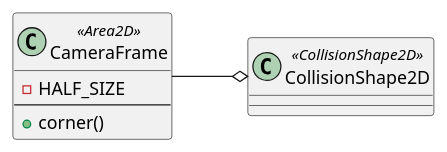
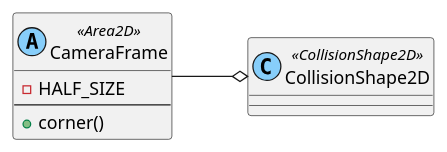
The diagram in content/scenes/src/stages/frame/camera_frame.tscn.adoc (tkmfujise/Platformer-Game-Learning), drawn with PlantUML before and after one commit. The commit also changed 69 other files, not shown here.

Commit message:
Change scene diagram class color

```diff
--- a/content/scenes/src/stages/frame/camera_frame.tscn.adoc
+++ b/content/scenes/src/stages/frame/camera_frame.tscn.adoc
@@ -9,13 +9,13 @@
 [plantuml]
 ....
-class ROOT as "CameraFrame" <<Area2D>> {
+class ROOT as "CameraFrame" <<(A,lightskyblue) Area2D>> {
   - HALF_SIZE
 ---
   + corner()
 }
-class CollisionShape2D as "CollisionShape2D" <<CollisionShape2D>> {
+class CollisionShape2D as "CollisionShape2D" <<(C,lightskyblue) CollisionShape2D>> {
 }
 ROOT --o CollisionShape2D
 left to right direction
 
 ....
```
